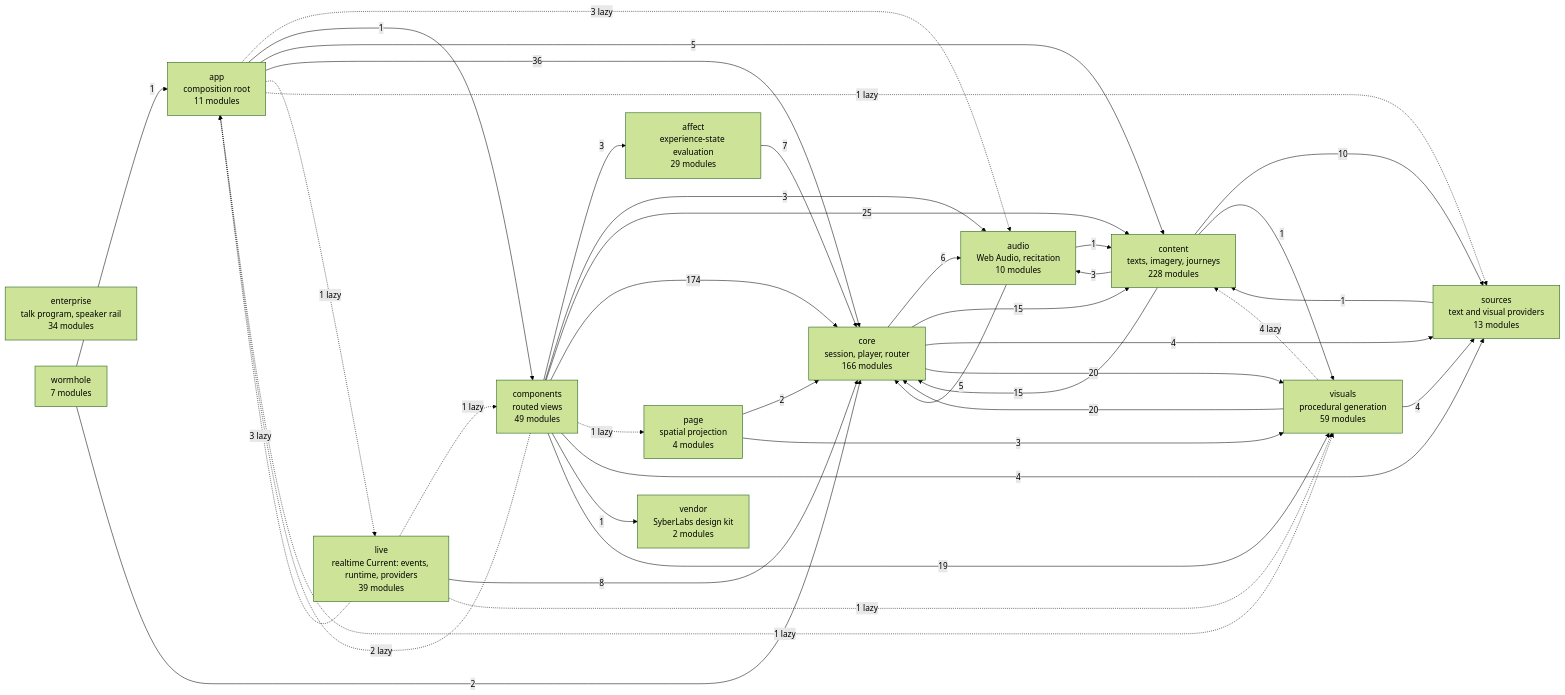
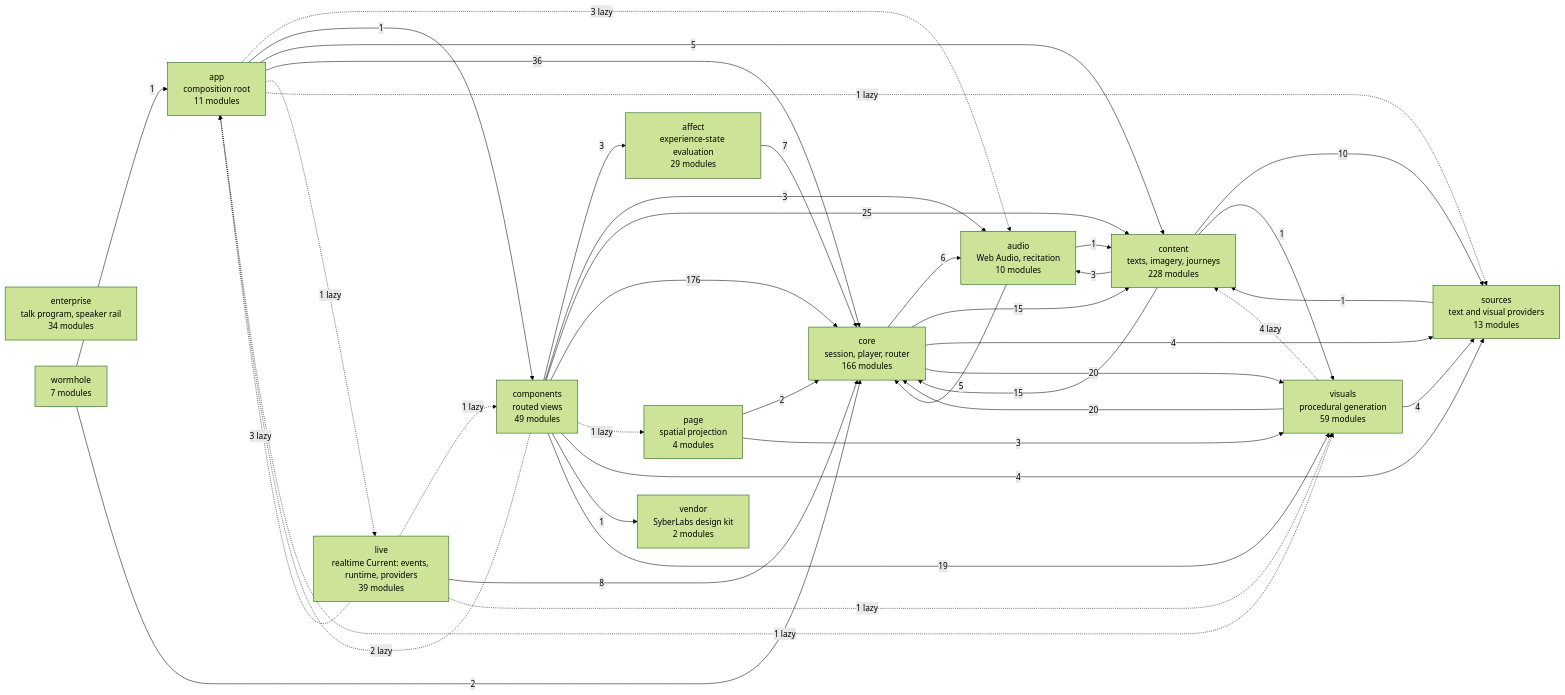
One commit to SyberLabs/RISE changed the diagram in docs/specs/ARCHITECTURE.md. Above: the diagram before and after it, drawn with Mermaid (forest theme). The commit also changed 8 other files, not shown here.

````diff
--- a/docs/specs/ARCHITECTURE.md
+++ b/docs/specs/ARCHITECTURE.md
@@ -160,56 +160,56 @@
 ```mermaid
 flowchart LR
     affect["affect<br/>experience-state evaluation<br/>29 modules"]
     app["app<br/>composition root<br/>11 modules"]
     audio["audio<br/>Web Audio, recitation<br/>10 modules"]
     components["components<br/>routed views<br/>49 modules"]
     content["content<br/>texts, imagery, journeys<br/>228 modules"]
     core["core<br/>session, player, router<br/>166 modules"]
     enterprise["enterprise<br/>talk program, speaker rail<br/>34 modules"]
     live["live<br/>realtime Current: events, runtime, providers<br/>39 modules"]
     page["page<br/>spatial projection<br/>4 modules"]
     sources["sources<br/>text and visual providers<br/>13 modules"]
     vendor["vendor<br/>SyberLabs design kit<br/>2 modules"]
     visuals["visuals<br/>procedural generation<br/>59 modules"]
     wormhole["wormhole<br/>7 modules"]
 
     affect --> |7| core
     app -.-> |3 lazy| audio
     app --> |1| components
     app --> |5| content
     app --> |36| core
     app -.-> |1 lazy| live
     app -.-> |1 lazy| sources
     app -.-> |1 lazy| visuals
     audio --> |1| content
     audio --> |5| core
     components --> |3| affect
     components -.-> |2 lazy| app
     components --> |3| audio
     components --> |25| content
-    components --> |174| core
+    components --> |176| core
     components -.-> |1 lazy| page
     components --> |4| sources
     components --> |1| vendor
     components --> |19| visuals
     content --> |3| audio
     content --> |15| core
     content --> |10| sources
     content --> |1| visuals
     core --> |6| audio
     core --> |15| content
     core --> |4| sources
     core --> |20| visuals
     live -.-> |3 lazy| app
     live -.-> |1 lazy| components
     live --> |8| core
     live -.-> |1 lazy| visuals
     page --> |2| core
     page --> |3| visuals
     sources --> |1| content
     visuals -.-> |4 lazy| content
     visuals --> |20| core
     visuals --> |4| sources
     wormhole --> |1| app
     wormhole --> |2| core
 ```
````
